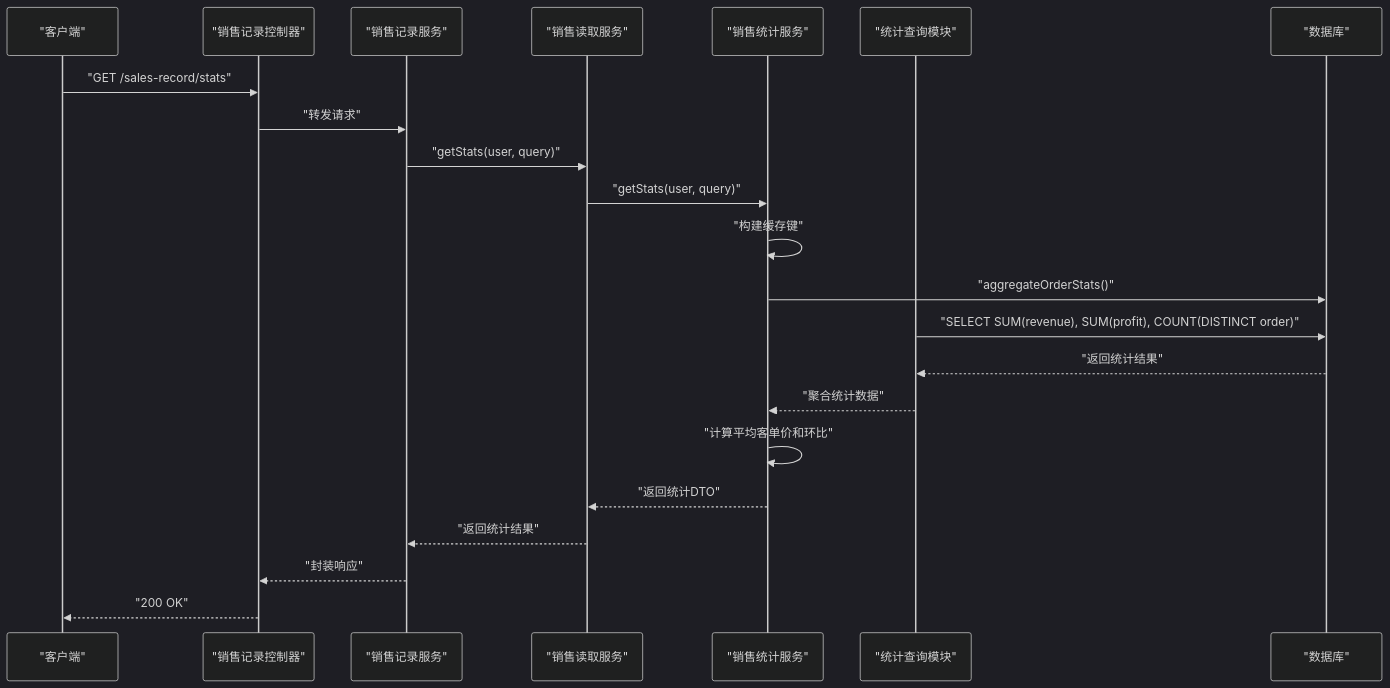
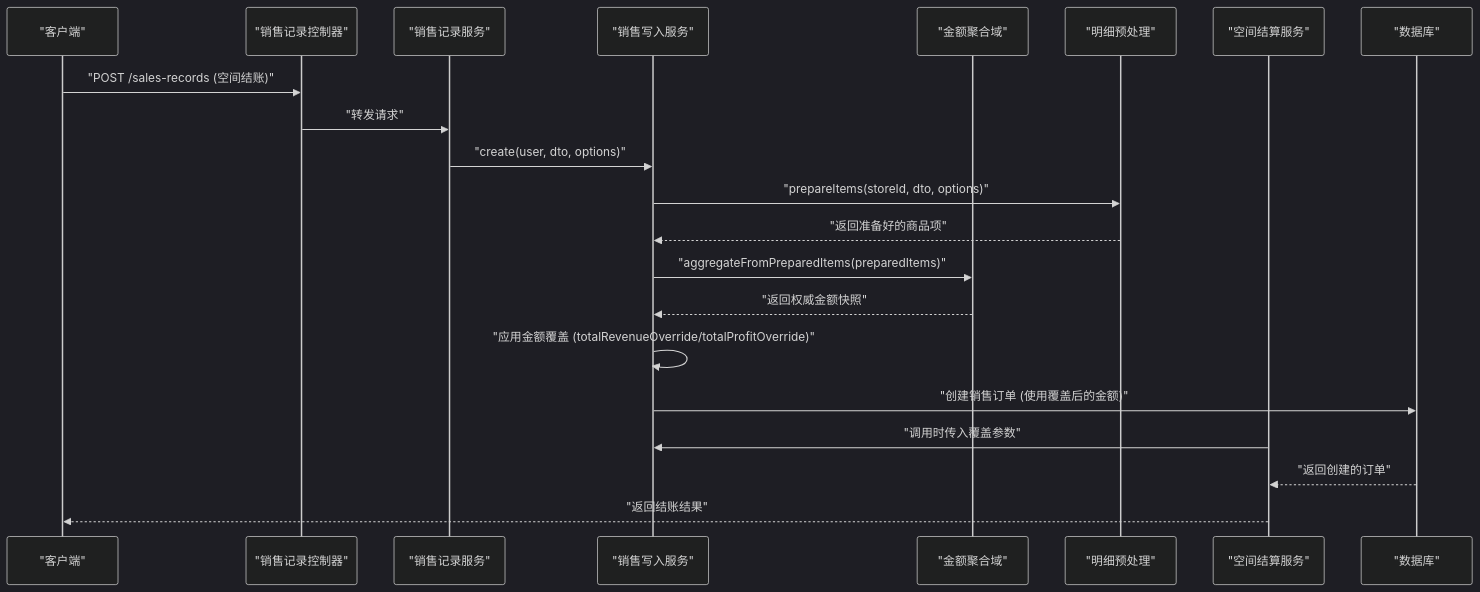
The second of 6 diagrams in .qoder/repowiki/zh/content/业务模块/运营管理模块/销售管理.md (rc558620/purelyprofit-server), drawn with Mermaid (dark theme) before and after one commit. The commit also changed other lines of this file and 16 other files, not shown here.

````diff
--- a/.qoder/repowiki/zh/content/业务模块/运营管理模块/销售管理.md
+++ b/.qoder/repowiki/zh/content/业务模块/运营管理模块/销售管理.md
@@ -176,24 +196,23 @@
 ```mermaid
 sequenceDiagram
 participant C as "客户端"
 participant CTRL as "销售记录控制器"
 participant SVC as "销售记录服务"
-participant READ as "销售读取服务"
-participant STATS as "销售统计服务"
-participant QUERY as "统计查询模块"
+participant WRITE as "销售写入服务"
+participant AMOUNTS as "金额聚合域"
+participant PREP as "明细预处理"
+participant SPACE as "空间结算服务"
 participant DB as "数据库"
-C->>CTRL : "GET /sales-record/stats"
+C->>CTRL : "POST /sales-records (空间结账)"
 CTRL->>SVC : "转发请求"
-SVC->>READ : "getStats(user, query)"
-READ->>STATS : "getStats(user, query)"
-STATS->>STATS : "构建缓存键"
-STATS->>DB : "aggregateOrderStats()"
-QUERY->>DB : "SELECT SUM(revenue), SUM(profit), COUNT(DISTINCT order)"
-DB-->>QUERY : "返回统计结果"
-QUERY-->>STATS : "聚合统计数据"
-STATS->>STATS : "计算平均客单价和环比"
-STATS-->>READ : "返回统计DTO"
-READ-->>SVC : "返回统计结果"
-SVC-->>CTRL : "封装响应"
-CTRL-->>C : "200 OK"
+SVC->>WRITE : "create(user, dto, options)"
+WRITE->>PREP : "prepareItems(storeId, dto, options)"
+PREP-->>WRITE : "返回准备好的商品项"
+WRITE->>AMOUNTS : "aggregateFromPreparedItems(preparedItems)"
+AMOUNTS-->>WRITE : "返回权威金额快照"
+WRITE->>WRITE : "应用金额覆盖 (totalRevenueOverride/totalProfitOverride)"
+WRITE->>DB : "创建销售订单 (使用覆盖后的金额)"
+SPACE->>WRITE : "调用时传入覆盖参数"
+DB-->>SPACE : "返回创建的订单"
+SPACE-->>C : "返回结账结果"
 ```
````
